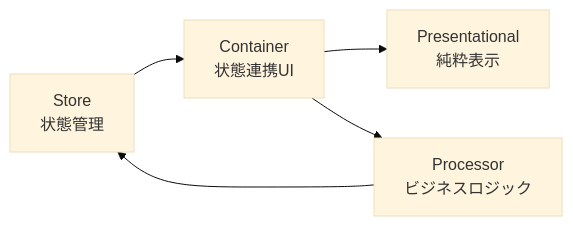
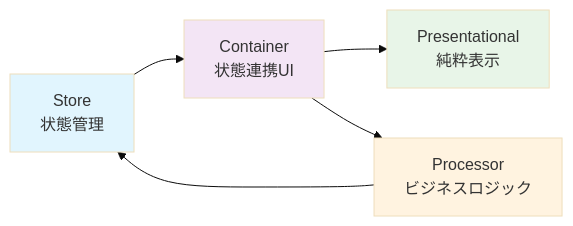
One commit to vavavavavavavavava/pubsubtk changed the diagram in docs/index.md. Above: the diagram before and after it, drawn with Mermaid (base theme).

Commit message:
docs: Mermaid図の色を追加し、可読性を向上

````diff
--- a/docs/index.md
+++ b/docs/index.md
@@ -47,7 +47,12 @@
 ```mermaid
 graph LR
-    Store[Store<br>状態管理] --> Container[Container<br>状態連携UI]
-    Container --> Presentational[Presentational<br>純粋表示]
-    Container --> Processor[Processor<br>ビジネスロジック]
+    Store[Store<br/>状態管理] --> Container[Container<br/>状態連携UI]
+    Container --> Presentational[Presentational<br/>純粋表示]
+    Container --> Processor[Processor<br/>ビジネスロジック]
     Processor --> Store
+    
+    style Store fill:#e1f5fe
+    style Container fill:#f3e5f5
+    style Presentational fill:#e8f5e8
+    style Processor fill:#fff3e0
 ```
````
